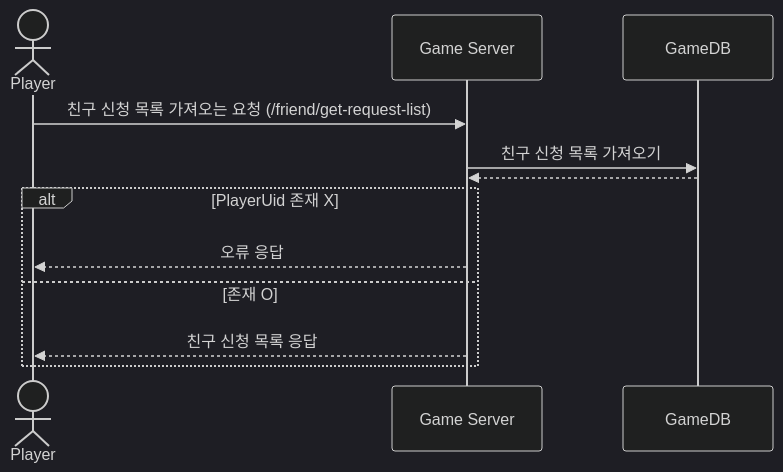
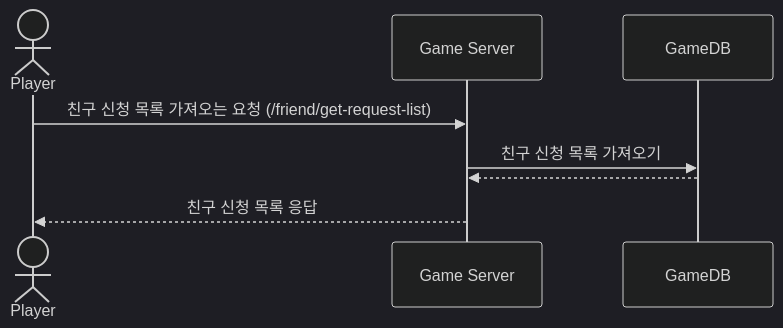
One commit to yujinS0/Omok-Game changed the second of 4 diagrams in SequenceDiagram/Friend.md. Above: the diagram before and after it, drawn with Mermaid (dark theme). The commit also changed other lines of this file, not shown here.

Commit message:
Update Friend.md - 목록 없는 경우 오류 처리 X

````diff
--- a/SequenceDiagram/Friend.md
+++ b/SequenceDiagram/Friend.md
@@ -34,16 +30,12 @@
 ```mermaid
 sequenceDiagram
 	actor Player
 	participant Game Server
   participant GameDB
 
 	Player ->> Game Server : 친구 신청 목록 가져오는 요청 (/friend/get-request-list)
 	Game Server ->> GameDB : 친구 신청 목록 가져오기
 	GameDB -->> Game Server : 
-	alt PlayerUid 존재 X
-		Game Server -->> Player : 오류 응답
-	else 존재 O
-		Game Server -->> Player : 친구 신청 목록 응답
-	end
+	Game Server -->> Player : 친구 신청 목록 응답
 
 ```
````
